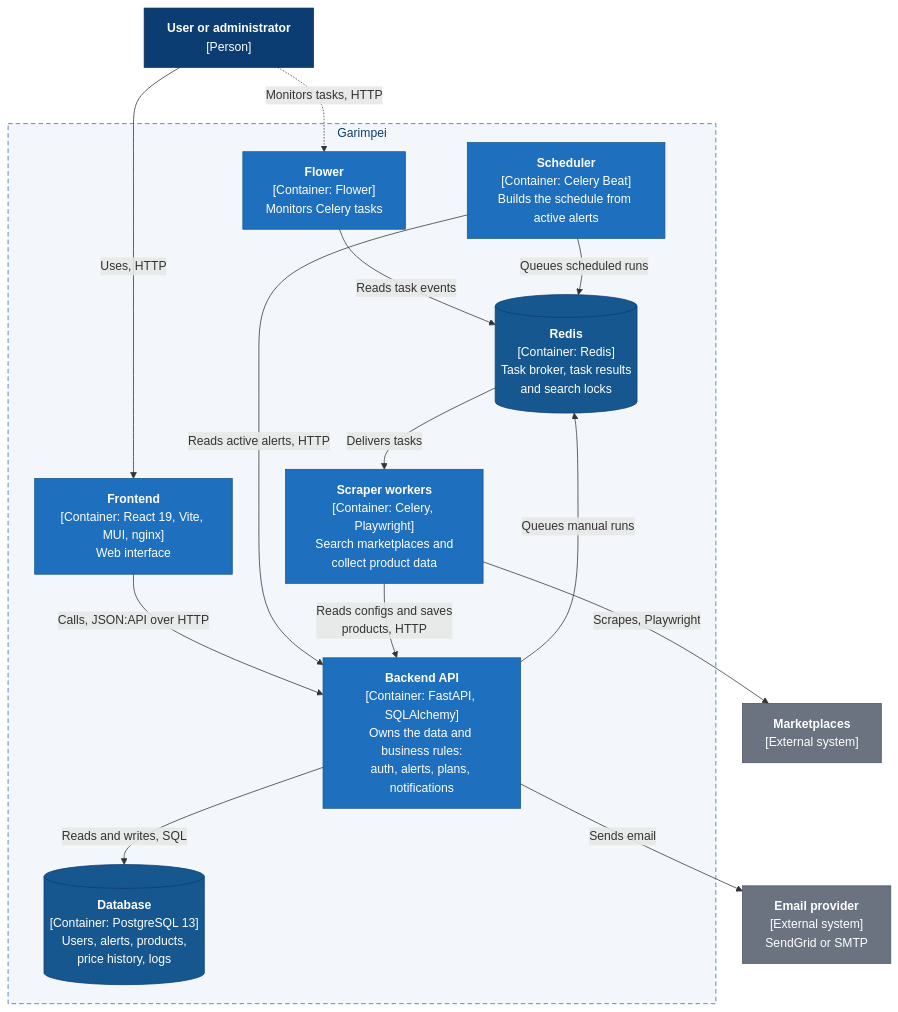
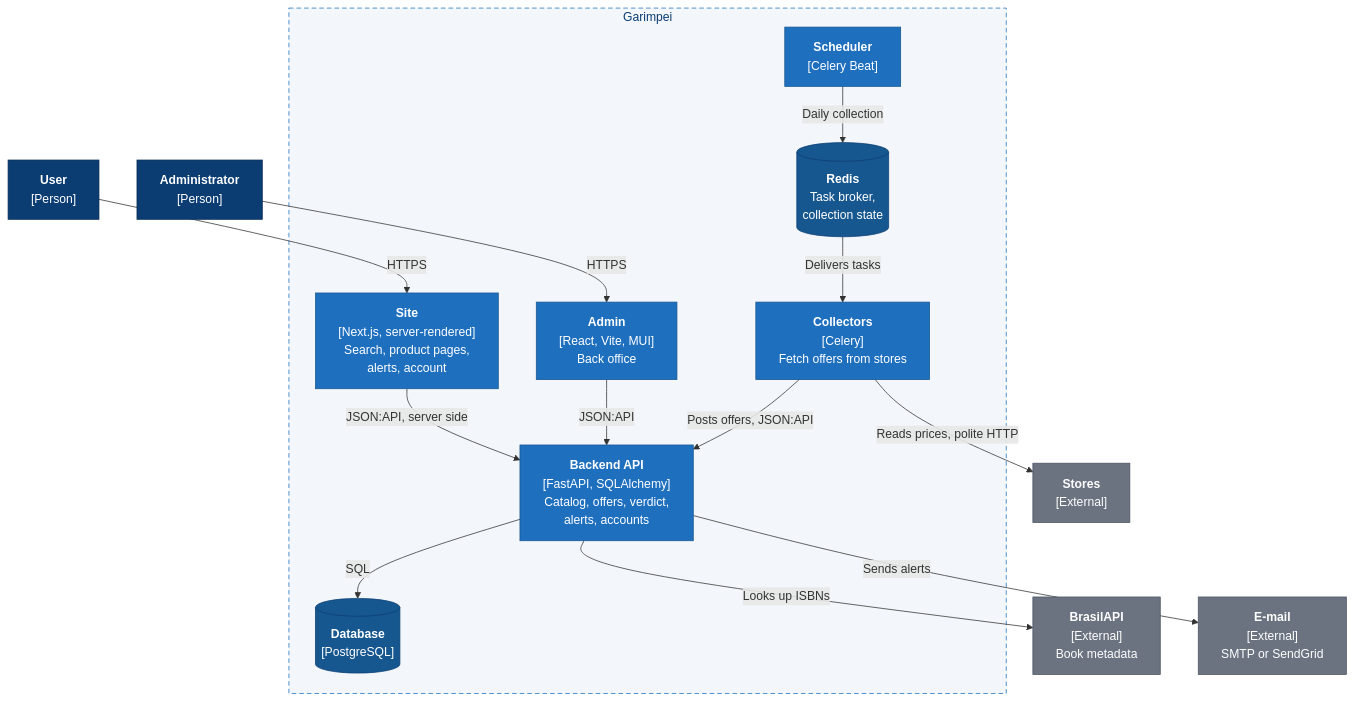
One commit to pattersonrptr/garimpei changed the diagram in README.md. Above: the diagram before and after it, drawn with Mermaid. The commit also changed other lines of this file and 4 other files, not shown here.

````diff
--- a/README.md
+++ b/README.md
@@ -116,40 +42,41 @@
 ```mermaid
 flowchart TB
-    user["<b>User or administrator</b><br/>[Person]"]
+    user["<b>User</b><br/>[Person]"]
+    admin["<b>Administrator</b><br/>[Person]"]
 
     subgraph garimpei["Garimpei"]
-        flower["<b>Flower</b><br/>[Container: Flower]<br/>Monitors Celery tasks"]
-        frontend["<b>Frontend</b><br/>[Container: React 19, Vite, MUI, nginx]<br/>Web interface"]
-        beat["<b>Scheduler</b><br/>[Container: Celery Beat]<br/>Builds the schedule from active alerts"]
-        api["<b>Backend API</b><br/>[Container: FastAPI, SQLAlchemy]<br/>Owns the data and business rules:<br/>auth, alerts, plans, notifications"]
-        redis[("<b>Redis</b><br/>[Container: Redis]<br/>Task broker, task results<br/>and search locks")]
-        db[("<b>Database</b><br/>[Container: PostgreSQL 13]<br/>Users, alerts, products,<br/>price history, logs")]
-        worker["<b>Scraper workers</b><br/>[Container: Celery, Playwright]<br/>Search marketplaces and<br/>collect product data"]
+        site["<b>Site</b><br/>[Next.js, server-rendered]<br/>Search, product pages,<br/>alerts, account"]
+        backoffice["<b>Admin</b><br/>[React, Vite, MUI]<br/>Back office"]
+        api["<b>Backend API</b><br/>[FastAPI, SQLAlchemy]<br/>Catalog, offers, verdict,<br/>alerts, accounts"]
+        db[("<b>Database</b><br/>[PostgreSQL]")]
+        redis[("<b>Redis</b><br/>Task broker,<br/>collection state")]
+        beat["<b>Scheduler</b><br/>[Celery Beat]"]
+        worker["<b>Collectors</b><br/>[Celery]<br/>Fetch offers from stores"]
     end
 
-    sendgrid["<b>Email provider</b><br/>[External system]<br/>SendGrid or SMTP"]
-    markets["<b>Marketplaces</b><br/>[External system]"]
+    stores["<b>Stores</b><br/>[External]"]
+    brasilapi["<b>BrasilAPI</b><br/>[External]<br/>Book metadata"]
+    email["<b>E-mail</b><br/>[External]<br/>SMTP or SendGrid"]
 
-    user -.->|"Monitors tasks, HTTP"| flower
-    user -->|"Uses, HTTP"| frontend
-    flower -->|"Reads task events"| redis
-    frontend -->|"Calls, JSON:API over HTTP"| api
-    beat -->|"Reads active alerts, HTTP"| api
-    beat -->|"Queues scheduled runs"| redis
-    api -->|"Queues manual runs"| redis
-    api -->|"Reads and writes, SQL"| db
-    api -->|"Sends email"| sendgrid
+    user -->|"HTTPS"| site
+    admin -->|"HTTPS"| backoffice
+    site -->|"JSON:API, server side"| api
+    backoffice -->|"JSON:API"| api
+    api -->|"SQL"| db
+    api -->|"Looks up ISBNs"| brasilapi
+    api -->|"Sends alerts"| email
+    beat -->|"Daily collection"| redis
     redis -->|"Delivers tasks"| worker
-    worker -->|"Reads configs and saves<br/>products, HTTP"| api
-    worker -->|"Scrapes, Playwright"| markets
+    worker -->|"Reads prices, polite HTTP"| stores
+    worker -->|"Posts offers, JSON:API"| api
 
     classDef person fill:#0B3D73,stroke:#082C54,color:#fff
     classDef container fill:#1F6FBF,stroke:#17578F,color:#fff
     classDef store fill:#17578F,stroke:#0B3D73,color:#fff
     classDef external fill:#6B7280,stroke:#4B5563,color:#fff
-    class user person
-    class frontend,api,beat,worker,flower container
+    class user,admin person
+    class site,backoffice,api,beat,worker container
     class db,redis store
-    class markets,sendgrid external
+    class stores,brasilapi,email external
     style garimpei fill:#F3F7FB,stroke:#1F6FBF,stroke-dasharray:6 4,color:#0B3D73
 ```
````
